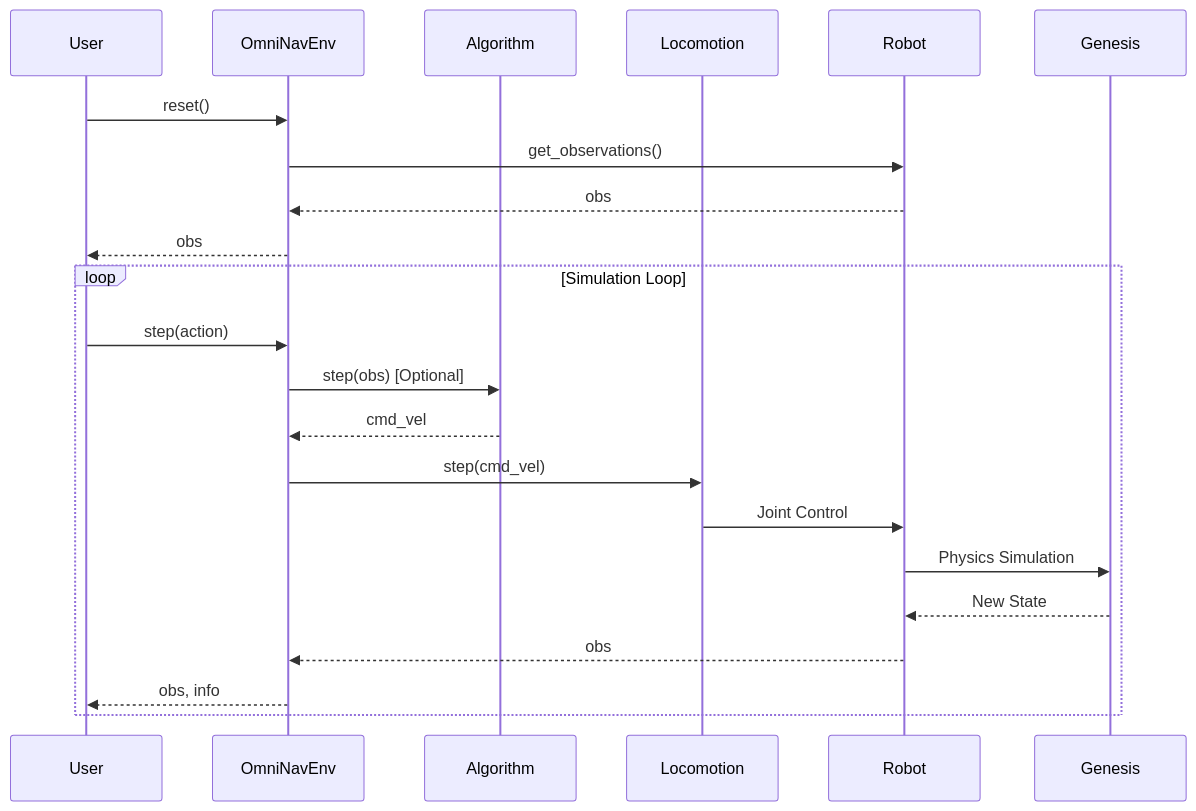
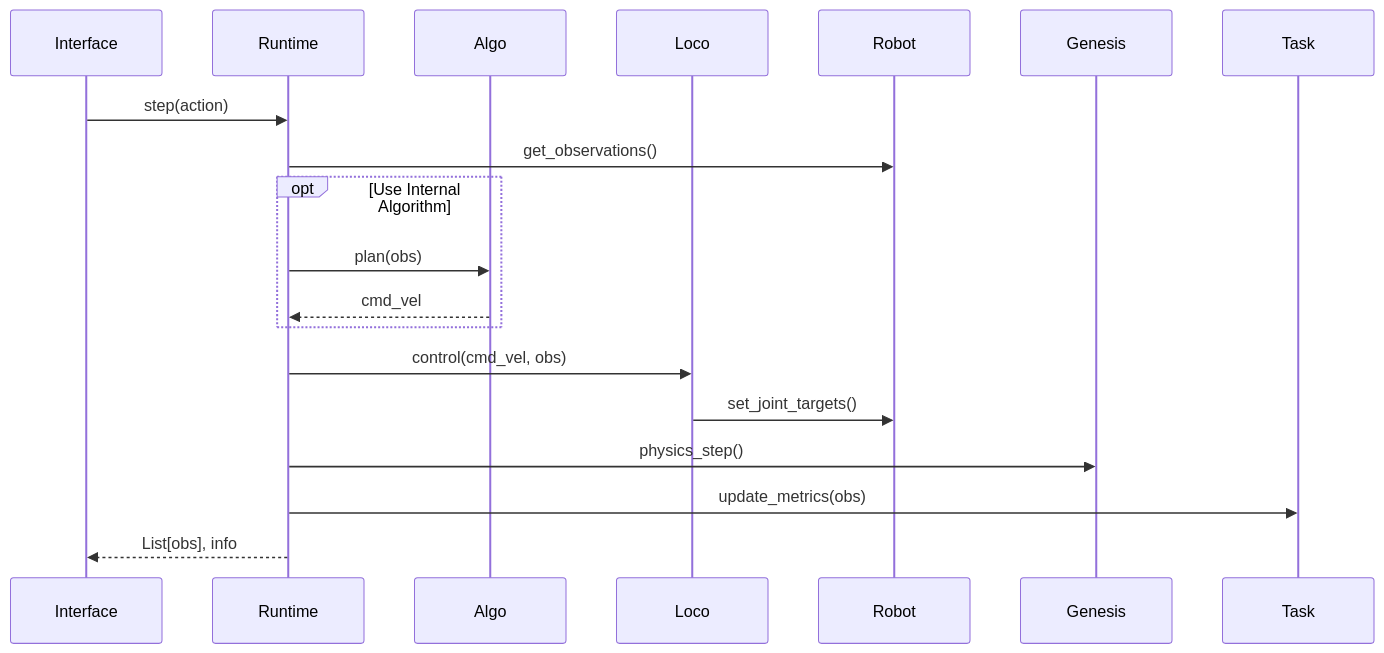
One commit to Royalvice/OmniNav changed the fourth of 4 diagrams in docs/user_guide/core_concepts/architecture.md. Above: the diagram before and after it, drawn with Mermaid. The commit also changed other lines of this file and 60 other files, not shown here.

````diff
--- a/docs/user_guide/core_concepts/architecture.md
+++ b/docs/user_guide/core_concepts/architecture.md
@@ -111,26 +106,23 @@
 ```mermaid
 sequenceDiagram
-    participant User
-    participant Env as OmniNavEnv
-    participant Algo as Algorithm
-    participant Loco as Locomotion
+    participant Env as Interface
+    participant Runtime
+    participant Algo
+    participant Loco
     participant Robot
-    participant Genesis
-
-    User->>Env: reset()
-    Env->>Robot: get_observations()
-    Robot-->>Env: obs
-    Env-->>User: obs
-
-    loop Simulation Loop
-        User->>Env: step(action)
-        Env->>Algo: step(obs) [Optional]
-        Algo-->>Env: cmd_vel
-        Env->>Loco: step(cmd_vel)
-        Loco->>Robot: Joint Control
-        Robot->>Genesis: Physics Simulation
-        Genesis-->>Robot: New State
-        Robot-->>Env: obs
-        Env-->>User: obs, info
+    participant Sim as Genesis
+    
+    Env->>Runtime: step(action)
+    Runtime->>Robot: get_observations()
+    
+    opt Use Internal Algorithm
+        Runtime->>Algo: plan(obs)
+        Algo-->>Runtime: cmd_vel
     end
+    
+    Runtime->>Loco: control(cmd_vel, obs)
+    Loco->>Robot: set_joint_targets()
+    Runtime->>Sim: physics_step()
+    Runtime->>Task: update_metrics(obs)
+    Runtime-->>Env: List[obs], info
 ```
````
